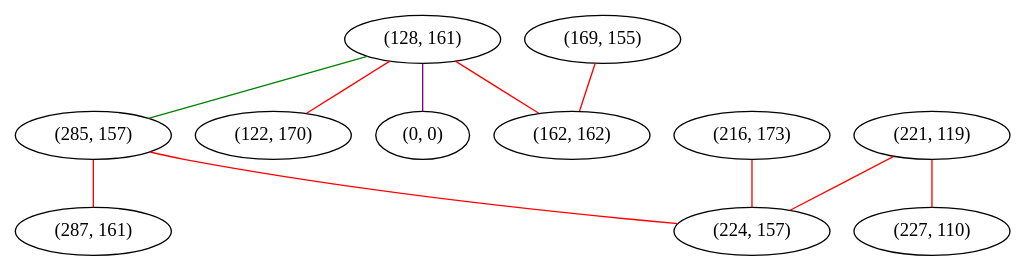
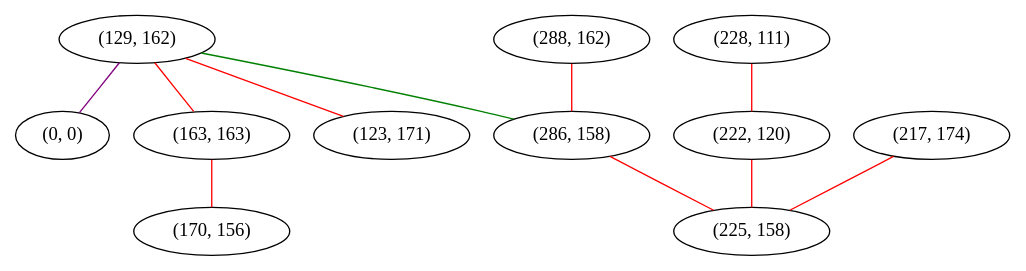
Before and after one commit to FelixMcFelix/sip-for-cv-paper: the diagram in graphviz/alegreya/G-up.gv, drawn with Graphviz. The commit also changed 555006 other files, not shown here.

```diff
--- a/graphviz/alegreya/G-up.gv
+++ b/graphviz/alegreya/G-up.gv
@@ -1,23 +1,23 @@
 graph "" {
-"(128, 161)";
-"(169, 155)";
-"(285, 157)";
-"(122, 170)";
+"(129, 162)";
 "(0, 0)";
-"(221, 119)";
-"(216, 173)";
-"(162, 162)";
-"(224, 157)";
-"(227, 110)";
-"(287, 161)";
-"(128, 161)" -- "(162, 162)"  [color=red, key=0, weight=1];
-"(128, 161)" -- "(285, 157)"  [color=green, key=0, weight=2];
-"(128, 161)" -- "(0, 0)"  [color=purple, key=0, weight=4];
-"(128, 161)" -- "(122, 170)"  [color=red, key=0, weight=1];
-"(169, 155)" -- "(162, 162)"  [color=red, key=0, weight=1];
-"(285, 157)" -- "(224, 157)"  [color=red, key=0, weight=1];
-"(285, 157)" -- "(287, 161)"  [color=red, key=0, weight=1];
-"(221, 119)" -- "(224, 157)"  [color=red, key=0, weight=1];
-"(221, 119)" -- "(227, 110)"  [color=red, key=0, weight=1];
-"(216, 173)" -- "(224, 157)"  [color=red, key=0, weight=1];
+"(163, 163)";
+"(228, 111)";
+"(222, 120)";
+"(288, 162)";
+"(217, 174)";
+"(123, 171)";
+"(286, 158)";
+"(225, 158)";
+"(170, 156)";
+"(129, 162)" -- "(286, 158)"  [color=green, key=0, weight=2];
+"(129, 162)" -- "(123, 171)"  [color=red, key=0, weight=1];
+"(129, 162)" -- "(0, 0)"  [color=purple, key=0, weight=4];
+"(129, 162)" -- "(163, 163)"  [color=red, key=0, weight=1];
+"(163, 163)" -- "(170, 156)"  [color=red, key=0, weight=1];
+"(228, 111)" -- "(222, 120)"  [color=red, key=0, weight=1];
+"(222, 120)" -- "(225, 158)"  [color=red, key=0, weight=1];
+"(288, 162)" -- "(286, 158)"  [color=red, key=0, weight=1];
+"(217, 174)" -- "(225, 158)"  [color=red, key=0, weight=1];
+"(286, 158)" -- "(225, 158)"  [color=red, key=0, weight=1];
 }
```
